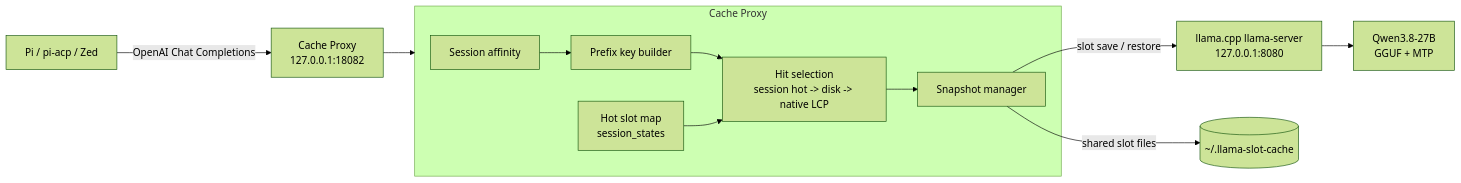
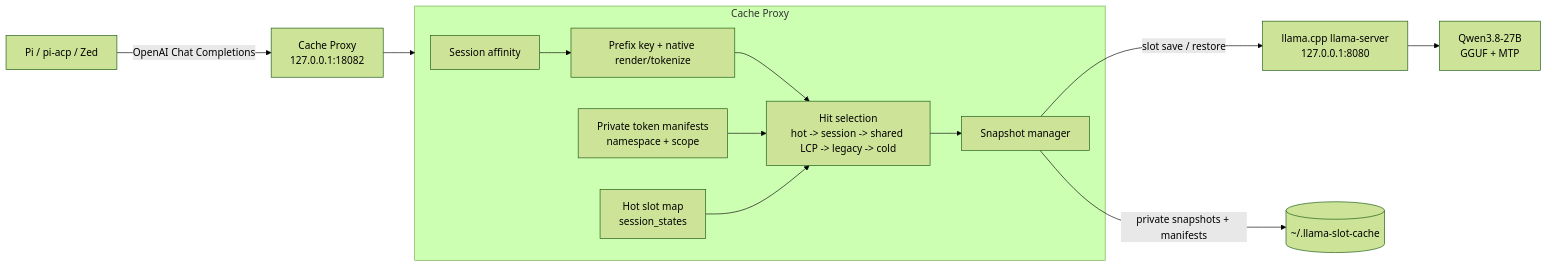
Before and after one commit to gbuisson/local-llm-kv-cache: the first of 8 diagrams in DESIGN.md, drawn with Mermaid (forest theme). The commit also changed other lines of this file and 6 other files, not shown here.

Commit message:
feat: add validated shared prefix seeding

```diff
--- a/DESIGN.md
+++ b/DESIGN.md
@@ -28,20 +28,22 @@
 ~~~mermaid
 flowchart LR
     C["Pi / pi-acp / Zed"] -->|OpenAI Chat Completions| P["Cache Proxy<br/>127.0.0.1:18082"]
 
     subgraph CACHE["Cache Proxy"]
         A["Session affinity"]
-        K["Prefix key builder"]
+        K["Prefix key + native render/tokenize"]
         H["Hot slot map<br/>session_states"]
-        R["Hit selection<br/>session hot -> disk -> native LCP"]
+        R["Hit selection<br/>hot -> session -> shared LCP -> legacy -> cold"]
         S["Snapshot manager"]
+        M["Private token manifests<br/>namespace + scope"]
         A --> K --> R
+        M --> R
         H --> R
         R --> S
     end
 
     P --> CACHE
     S -->|slot save / restore| L["llama.cpp llama-server<br/>127.0.0.1:8080"]
-    S -->|shared slot files| D[("~/.llama-slot-cache")]
+    S -->|private snapshots + manifests| D[("~/.llama-slot-cache")]
     L --> G["Qwen3.8-27B<br/>GGUF + MTP"]
 ~~~
```
